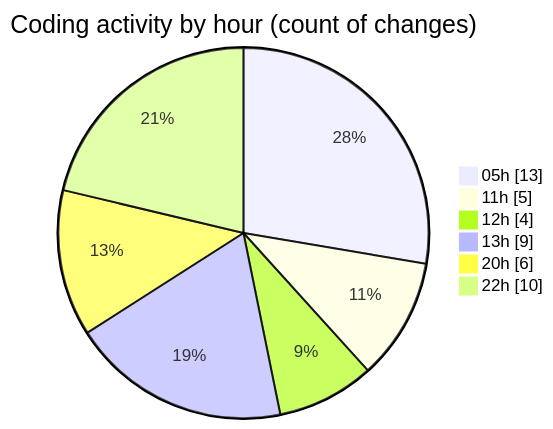
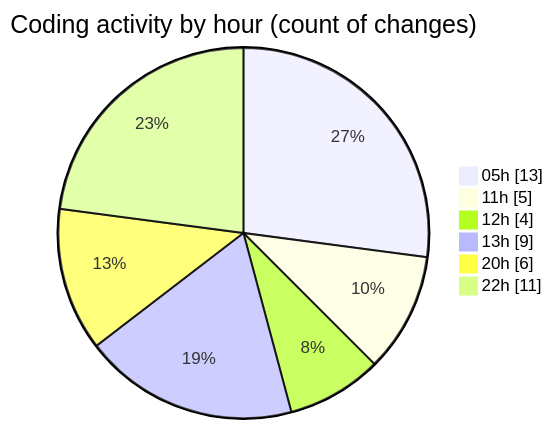
Before and after one commit to lephambinh05/code-tracking: the second of 2 diagrams in 2025-09-10/hiai-phf/README.md, drawn with Mermaid. The commit also changed other lines of this file and 1 other file, not shown here.

````diff
--- a/2025-09-10/hiai-phf/README.md
+++ b/2025-09-10/hiai-phf/README.md
@@ -39,10 +39,10 @@
 ```mermaid
 pie showData
 title Coding activity by hour (count of changes)
 "05h" : 13
 "11h" : 5
 "12h" : 4
 "13h" : 9
 "20h" : 6
-"22h" : 10
+"22h" : 11
 ```
````
